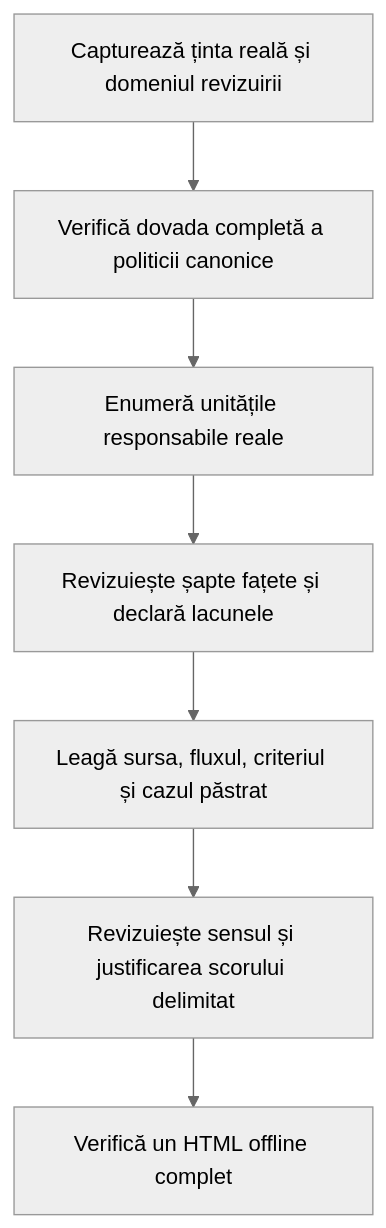
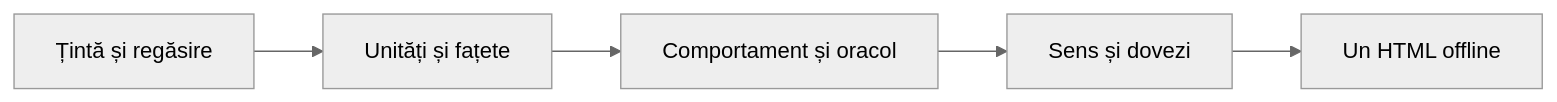
The second of 2 diagrams in atf-atlas/Knowledge_Base.md (crististefanita/ATF_AI), drawn with Mermaid (neutral theme) before and after one commit. The commit also changed other lines of this file and 111 other files, not shown here.

````diff
--- a/atf-atlas/Knowledge_Base.md
+++ b/atf-atlas/Knowledge_Base.md
@@ -87,9 +89,7 @@
 ```mermaid
-flowchart TB
-    Target["Capturează ținta reală și domeniul revizuirii"] --> Receipt["Verifică dovada completă a politicii canonice"]
-    Receipt --> Units["Enumeră unitățile responsabile reale"]
-    Units --> Facets["Revizuiește șapte fațete și declară lacunele"]
-    Facets --> Trace["Leagă sursa, fluxul, criteriul și cazul păstrat"]
-    Trace --> Review["Revizuiește sensul și justificarea scorului delimitat"]
-    Review --> Deliver["Verifică un HTML offline complet"]
+flowchart LR
+    Scope["Țintă și regăsire"] --> Units["Unități și fațete"]
+    Units --> Trace["Comportament și oracol"]
+    Trace --> Review["Sens și dovezi"]
+    Review --> Deliver["Un HTML offline"]
 ```
````
